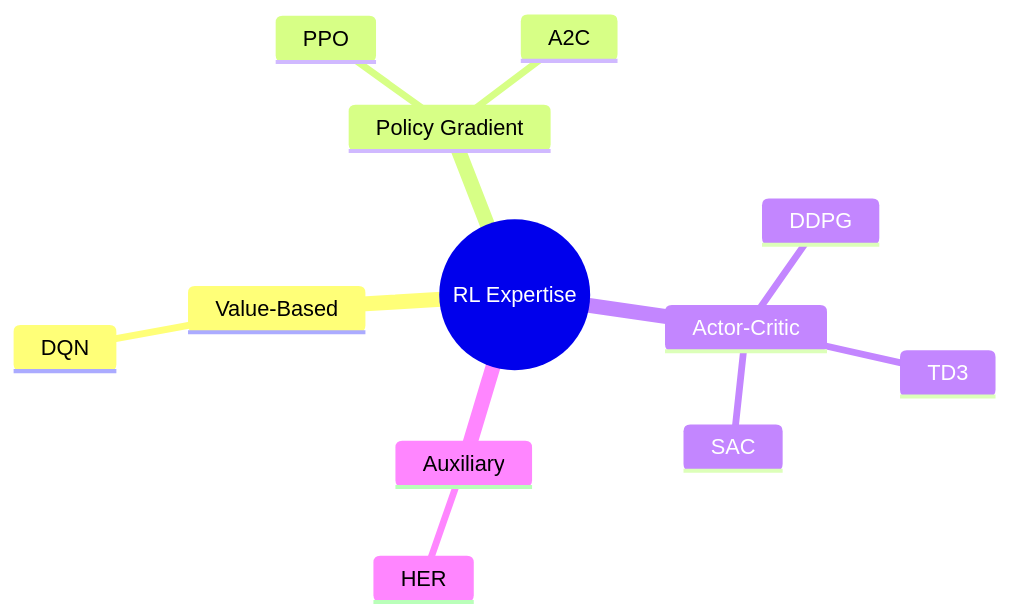
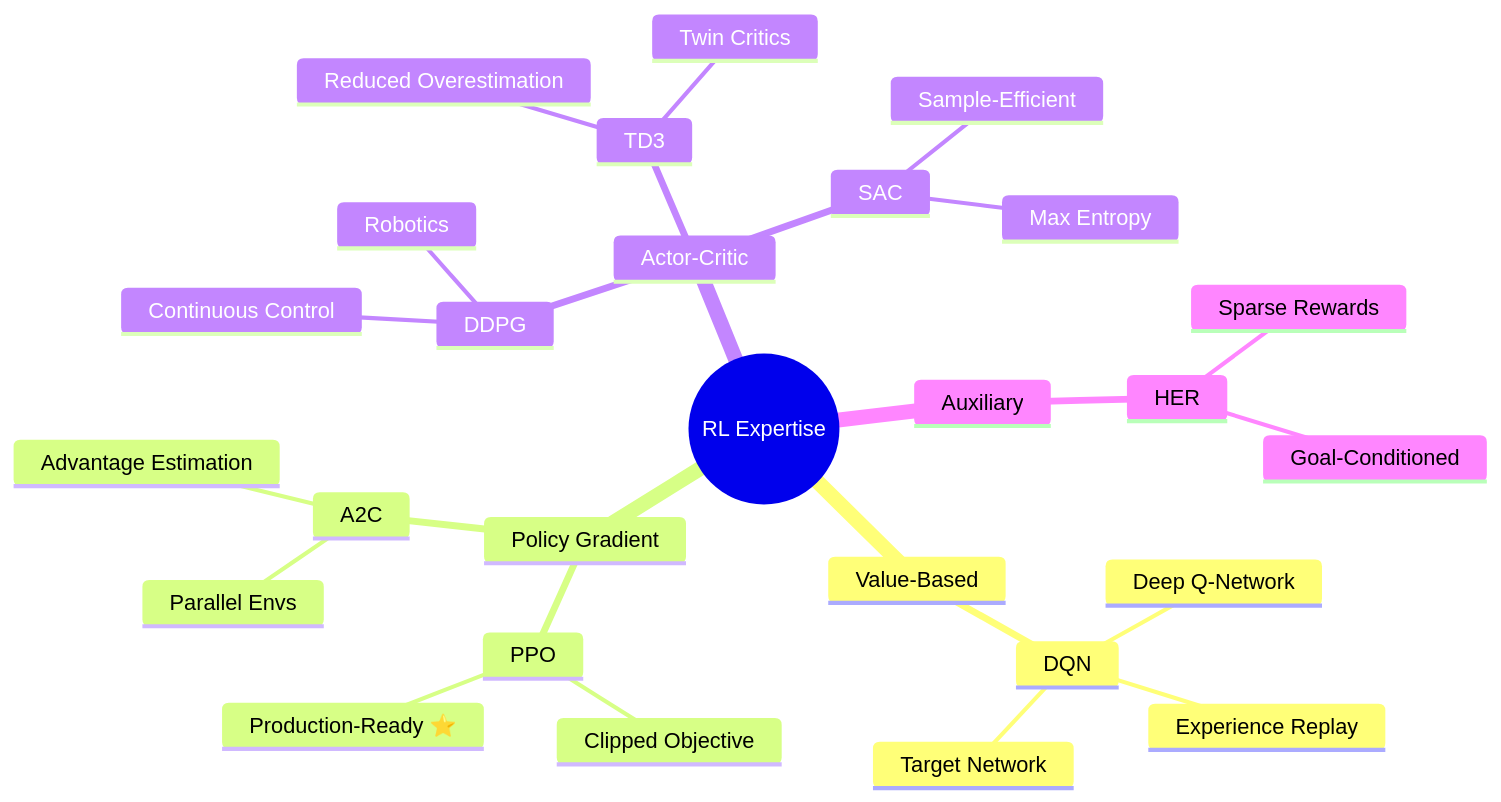
The third of 4 diagrams in README.md (Alouakhalid/Alouakhalid), drawn with Mermaid before and after one commit. The commit also changed other lines of this file, not shown here.

````diff
--- a/README.md
+++ b/README.md
@@ -241,15 +300,30 @@
 ```mermaid
 mindmap
   root((RL Expertise))
     Value-Based
       DQN
+        Deep Q-Network
+        Experience Replay
+        Target Network
     Policy Gradient
       PPO
+        Clipped Objective
+        Production-Ready ⭐
       A2C
+        Parallel Envs
+        Advantage Estimation
     Actor-Critic
       DDPG
+        Continuous Control
+        Robotics
       TD3
+        Twin Critics
+        Reduced Overestimation
       SAC
+        Max Entropy
+        Sample-Efficient
     Auxiliary
       HER
+        Sparse Rewards
+        Goal-Conditioned
 ```
````
